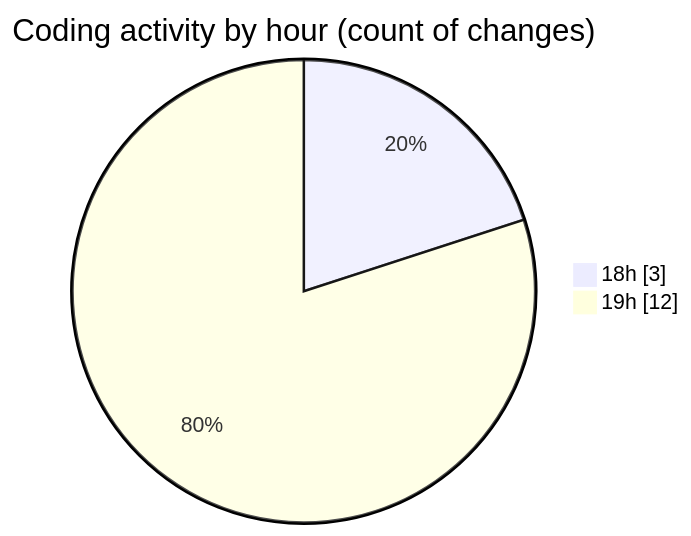
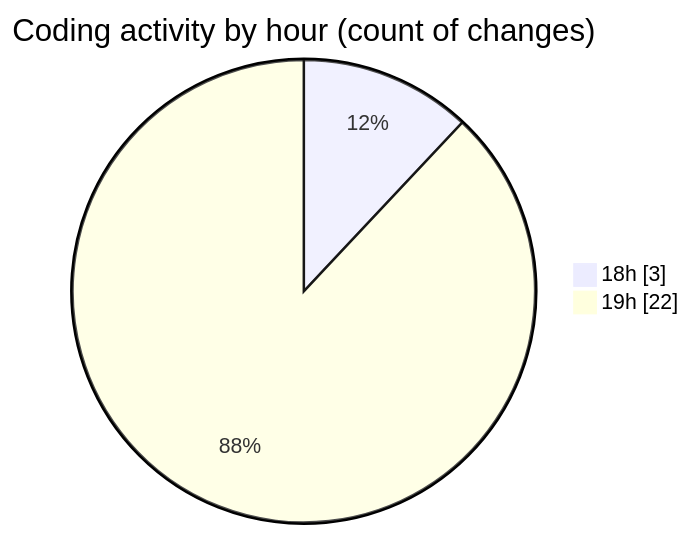
The second of 2 diagrams in 2025-04-24/back-end/README.md (Netris89/code-tracking), drawn with Mermaid before and after one commit. The commit also changed other lines of this file and 1 other file, not shown here.

````diff
--- a/2025-04-24/back-end/README.md
+++ b/2025-04-24/back-end/README.md
@@ -29,6 +29,6 @@
 ```mermaid
 pie showData
 title Coding activity by hour (count of changes)
 "18h" : 3
-"19h" : 12
+"19h" : 22
 ```
````
